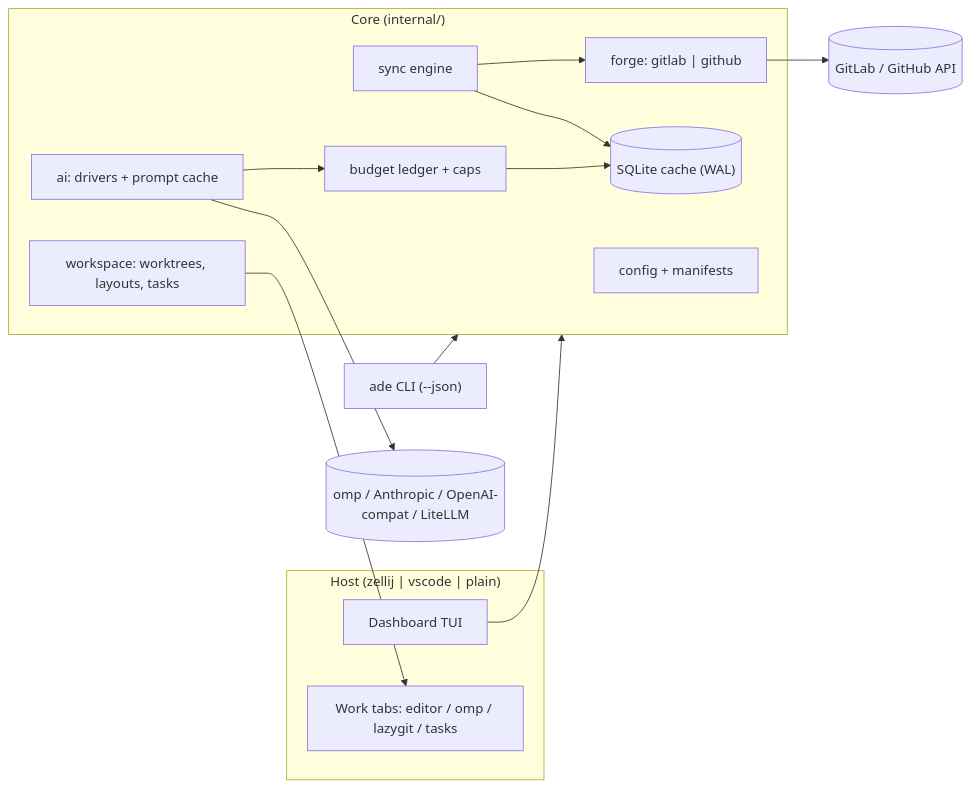
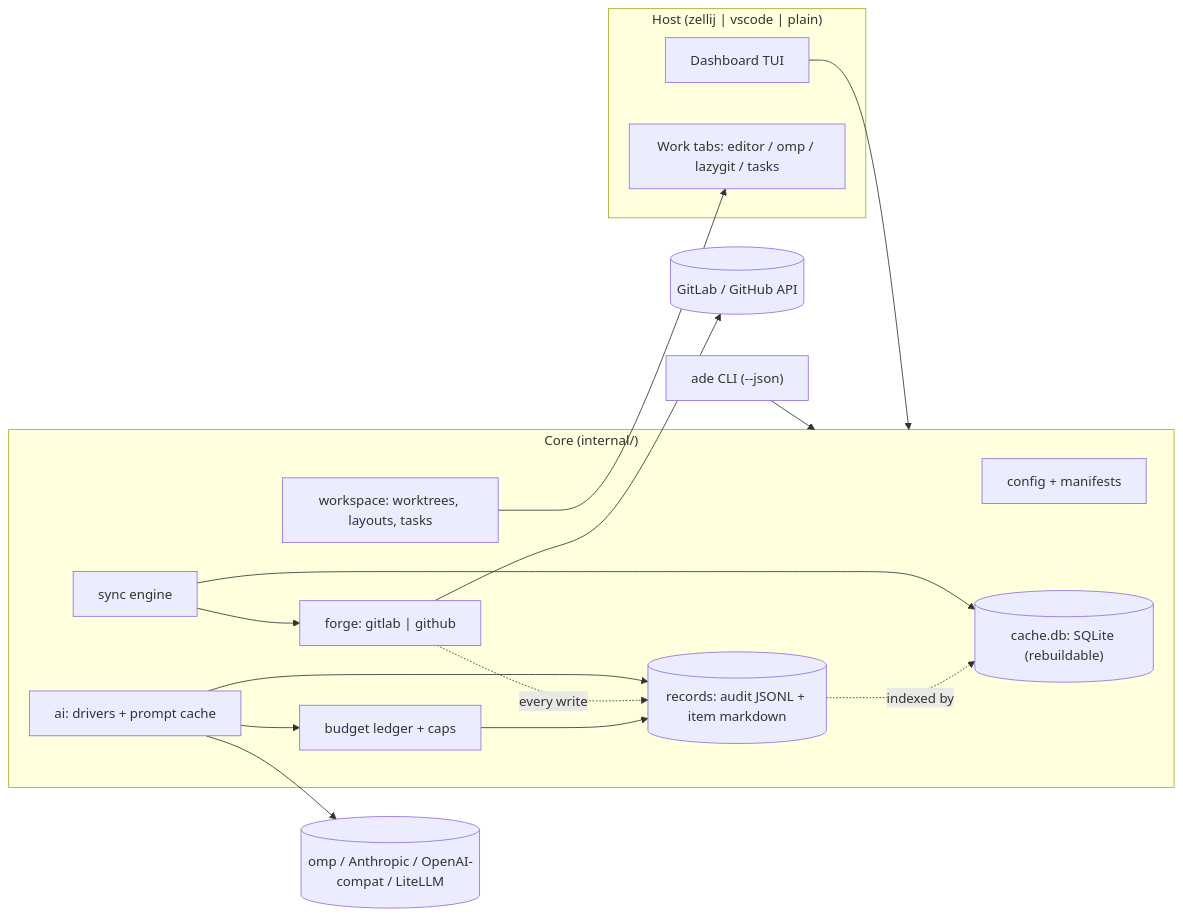
One commit to coredev-uk/ade changed the first of 3 diagrams in docs/PLAN.md. Above: the diagram before and after it, drawn with Mermaid. The commit also changed other lines of this file and 1 other file, not shown here.

Commit message:
Plan local audit log and per-item records

````diff
--- a/docs/PLAN.md
+++ b/docs/PLAN.md
@@ -16,23 +16,28 @@
 ```mermaid
 flowchart LR
   subgraph Host["Host (zellij | vscode | plain)"]
     Dash["Dashboard TUI"]
     Tabs["Work tabs: editor / omp / lazygit / tasks"]
   end
   CLI["ade CLI (--json)"] --> Core
   Dash --> Core
   subgraph Core["Core (internal/)"]
     Cfg["config + manifests"]
     Sync["sync engine"]
-    Store[("SQLite cache (WAL)")]
+    Store[("cache.db: SQLite (rebuildable)")]
+    Rec[("records: audit JSONL + item markdown")]
     Forge["forge: gitlab | github"]
     AI["ai: drivers + prompt cache"]
     Budget["budget ledger + caps"]
     WS["workspace: worktrees, layouts, tasks"]
   end
   Sync --> Forge --> API[(GitLab / GitHub API)]
   Sync --> Store
-  AI --> Budget --> Store
+  AI --> Budget
+  AI --> Rec
+  Forge -. every write .-> Rec
+  Budget --> Rec
+  Rec -. indexed by .-> Store
   AI --> Providers[(omp / Anthropic / OpenAI-compat / LiteLLM)]
   WS --> Tabs
 ```
````
